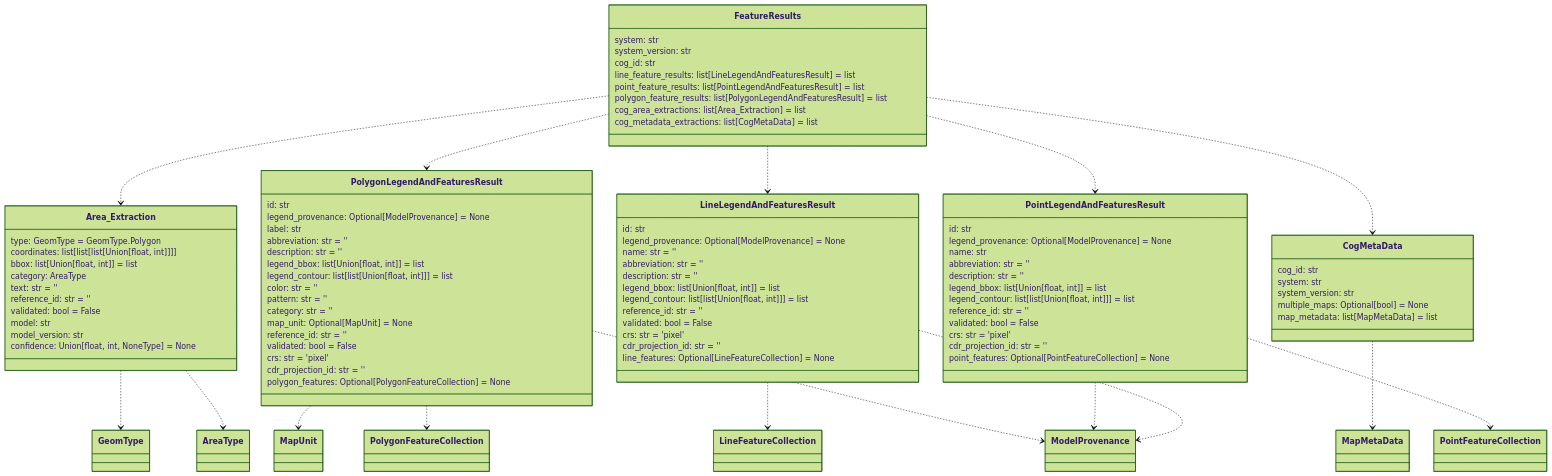
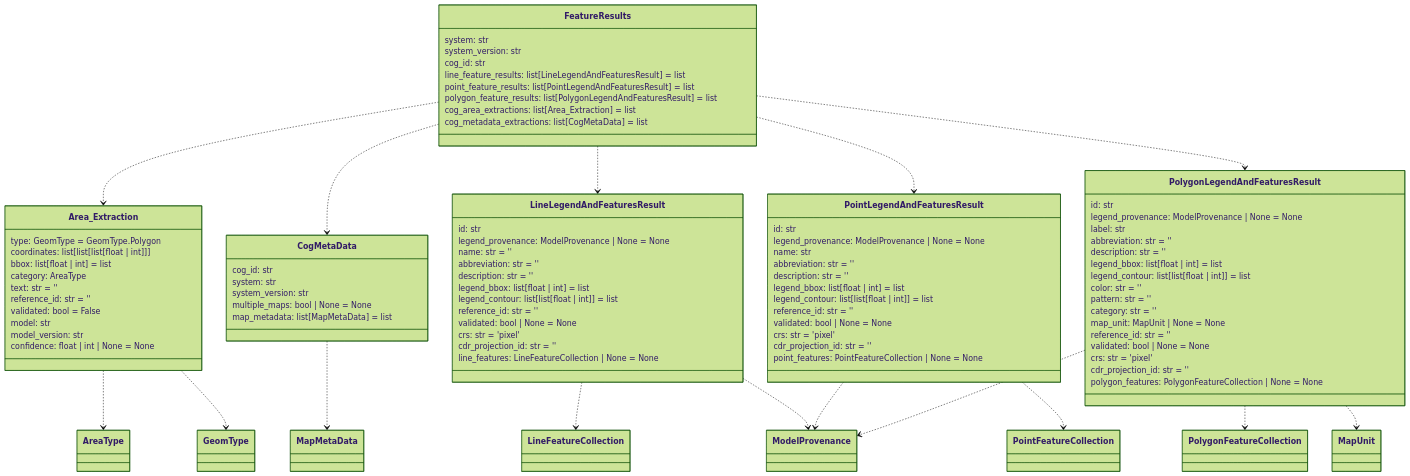
The fourth of 14 diagrams in README.md (DARPA-CRITICALMAAS/cdr_schemas), drawn with Mermaid (forest theme) before and after one commit. The commit also changed other lines of this file and 4 other files, not shown here.

````diff
--- a/README.md
+++ b/README.md
@@ -258,5 +258,18 @@
 ```mermaid
 classDiagram
+
+    class Area_Extraction {
+        type: GeomType = GeomType.Polygon
+        coordinates: list[list[list[float | int]]]
+        bbox: list[float | int] = list
+        category: AreaType
+        text: str = ''
+        reference_id: str = ''
+        validated: bool = False
+        model: str
+        model_version: str
+        confidence: float | int | None = None
+    }
 
     class FeatureResults {
         system: str
@@ -269,91 +282,78 @@
         cog_metadata_extractions: list[CogMetaData] = list
     }
 
-    class Area_Extraction {
-        type: GeomType = GeomType.Polygon
-        coordinates: list[list[list[Union[float, int]]]]
-        bbox: list[Union[float, int]] = list
-        category: AreaType
-        text: str = ''
+    class CogMetaData {
+        cog_id: str
+        system: str
+        system_version: str
+        multiple_maps: bool | None = None
+        map_metadata: list[MapMetaData] = list
+    }
+
+    class LineLegendAndFeaturesResult {
+        id: str
+        legend_provenance: ModelProvenance | None = None
+        name: str = ''
+        abbreviation: str = ''
+        description: str = ''
+        legend_bbox: list[float | int] = list
+        legend_contour: list[list[float | int]] = list
         reference_id: str = ''
-        validated: bool = False
-        model: str
-        model_version: str
-        confidence: Union[float, int, NoneType] = None
+        validated: bool | None = None
+        crs: str = 'pixel'
+        cdr_projection_id: str = ''
+        line_features: LineFeatureCollection | None = None
+    }
+
+    class PointLegendAndFeaturesResult {
+        id: str
+        legend_provenance: ModelProvenance | None = None
+        name: str
+        abbreviation: str = ''
+        description: str = ''
+        legend_bbox: list[float | int] = list
+        legend_contour: list[list[float | int]] = list
+        reference_id: str = ''
+        validated: bool | None = None
+        crs: str = 'pixel'
+        cdr_projection_id: str = ''
+        point_features: PointFeatureCollection | None = None
     }
 
     class PolygonLegendAndFeaturesResult {
         id: str
-        legend_provenance: Optional[ModelProvenance] = None
+        legend_provenance: ModelProvenance | None = None
         label: str
         abbreviation: str = ''
         description: str = ''
-        legend_bbox: list[Union[float, int]] = list
-        legend_contour: list[list[Union[float, int]]] = list
+        legend_bbox: list[float | int] = list
+        legend_contour: list[list[float | int]] = list
         color: str = ''
         pattern: str = ''
         category: str = ''
-        map_unit: Optional[MapUnit] = None
+        map_unit: MapUnit | None = None
         reference_id: str = ''
-        validated: bool = False
+        validated: bool | None = None
         crs: str = 'pixel'
         cdr_projection_id: str = ''
-        polygon_features: Optional[PolygonFeatureCollection] = None
+        polygon_features: PolygonFeatureCollection | None = None
     }
 
-    class CogMetaData {
-        cog_id: str
-        system: str
-        system_version: str
-        multiple_maps: Optional[bool] = None
-        map_metadata: list[MapMetaData] = list
-    }
-
-    class PointLegendAndFeaturesResult {
-        id: str
-        legend_provenance: Optional[ModelProvenance] = None
-        name: str
-        abbreviation: str = ''
-        description: str = ''
-        legend_bbox: list[Union[float, int]] = list
-        legend_contour: list[list[Union[float, int]]] = list
-        reference_id: str = ''
-        validated: bool = False
-        crs: str = 'pixel'
-        cdr_projection_id: str = ''
-        point_features: Optional[PointFeatureCollection] = None
-    }
-
-    class LineLegendAndFeaturesResult {
-        id: str
-        legend_provenance: Optional[ModelProvenance] = None
-        name: str = ''
-        abbreviation: str = ''
-        description: str = ''
-        legend_bbox: list[Union[float, int]] = list
-        legend_contour: list[list[Union[float, int]]] = list
-        reference_id: str = ''
-        validated: bool = False
-        crs: str = 'pixel'
-        cdr_projection_id: str = ''
-        line_features: Optional[LineFeatureCollection] = None
-    }
-
+    Area_Extraction ..> AreaType
     Area_Extraction ..> GeomType
-    Area_Extraction ..> AreaType
     LineLegendAndFeaturesResult ..> LineFeatureCollection
     LineLegendAndFeaturesResult ..> ModelProvenance
+    PointLegendAndFeaturesResult ..> PointFeatureCollection
     PointLegendAndFeaturesResult ..> ModelProvenance
-    PointLegendAndFeaturesResult ..> PointFeatureCollection
+    PolygonLegendAndFeaturesResult ..> PolygonFeatureCollection
+    PolygonLegendAndFeaturesResult ..> MapUnit
     PolygonLegendAndFeaturesResult ..> ModelProvenance
-    PolygonLegendAndFeaturesResult ..> MapUnit
-    PolygonLegendAndFeaturesResult ..> PolygonFeatureCollection
     CogMetaData ..> MapMetaData
     FeatureResults ..> Area_Extraction
+    FeatureResults ..> CogMetaData
+    FeatureResults ..> LineLegendAndFeaturesResult
+    FeatureResults ..> PointLegendAndFeaturesResult
     FeatureResults ..> PolygonLegendAndFeaturesResult
-    FeatureResults ..> LineLegendAndFeaturesResult
-    FeatureResults ..> CogMetaData
-    FeatureResults ..> PointLegendAndFeaturesResult
 
 
 ```
````
